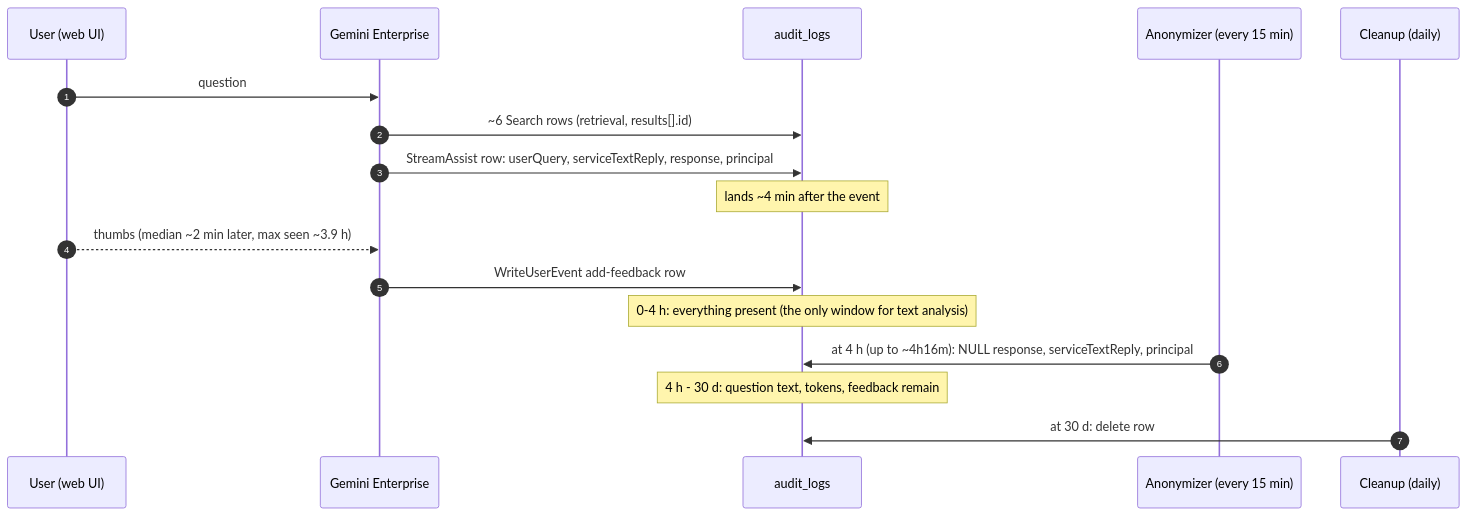
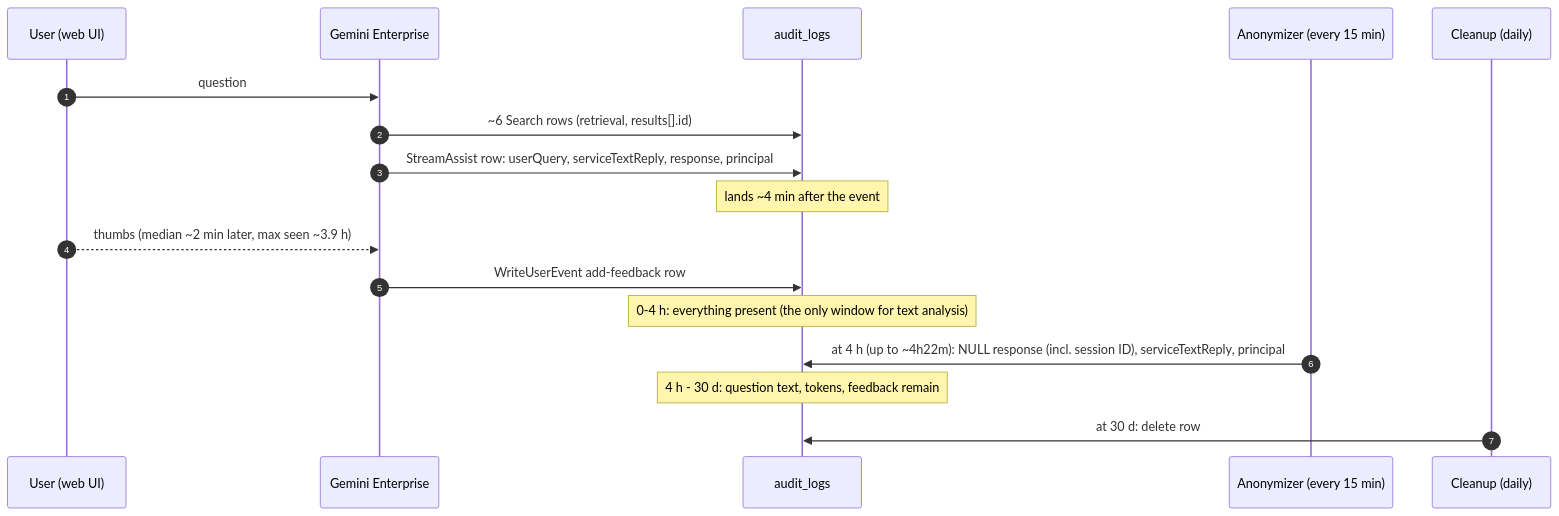
Before and after one commit to pborkowski-rtbh/conversation-analyzer: the second of 8 diagrams in design.md, drawn with Mermaid. The commit also changed other lines of this file and 6 other files, not shown here.

````diff
--- a/design.md
+++ b/design.md
@@ -127,19 +132,19 @@
 ```mermaid
 sequenceDiagram
     autonumber
     participant U as User (web UI)
     participant GE as Gemini Enterprise
     participant BQ as audit_logs
     participant AN as Anonymizer (every 15 min)
     participant CL as Cleanup (daily)
     U->>GE: question
     GE->>BQ: ~6 Search rows (retrieval, results[].id)
     GE->>BQ: StreamAssist row: userQuery, serviceTextReply, response, principal
     Note over BQ: lands ~4 min after the event
     U-->>GE: thumbs (median ~2 min later, max seen ~3.9 h)
     GE->>BQ: WriteUserEvent add-feedback row
     Note over BQ: 0-4 h: everything present (the only window for text analysis)
-    AN->>BQ: at 4 h (up to ~4h16m): NULL response, serviceTextReply, principal
+    AN->>BQ: at 4 h (up to ~4h22m): NULL response (incl. session ID), serviceTextReply, principal
     Note over BQ: 4 h - 30 d: question text, tokens, feedback remain
     CL->>BQ: at 30 d: delete row
 ```
````
